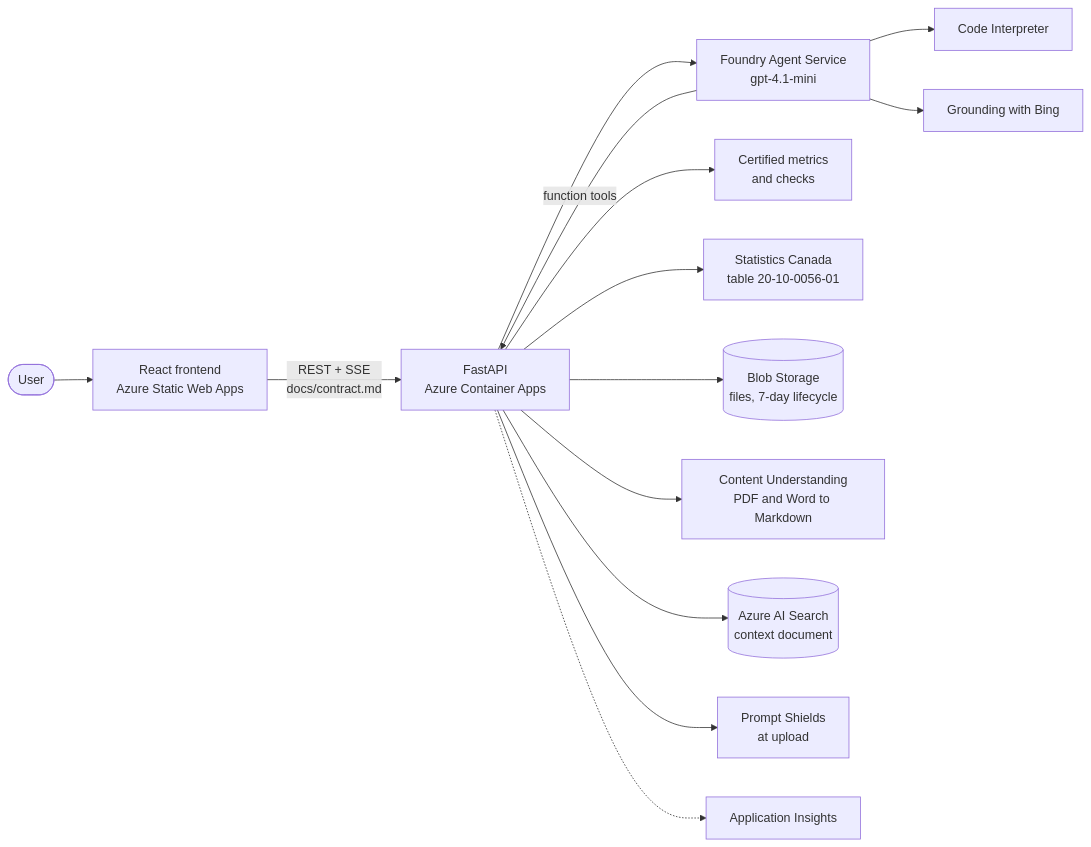
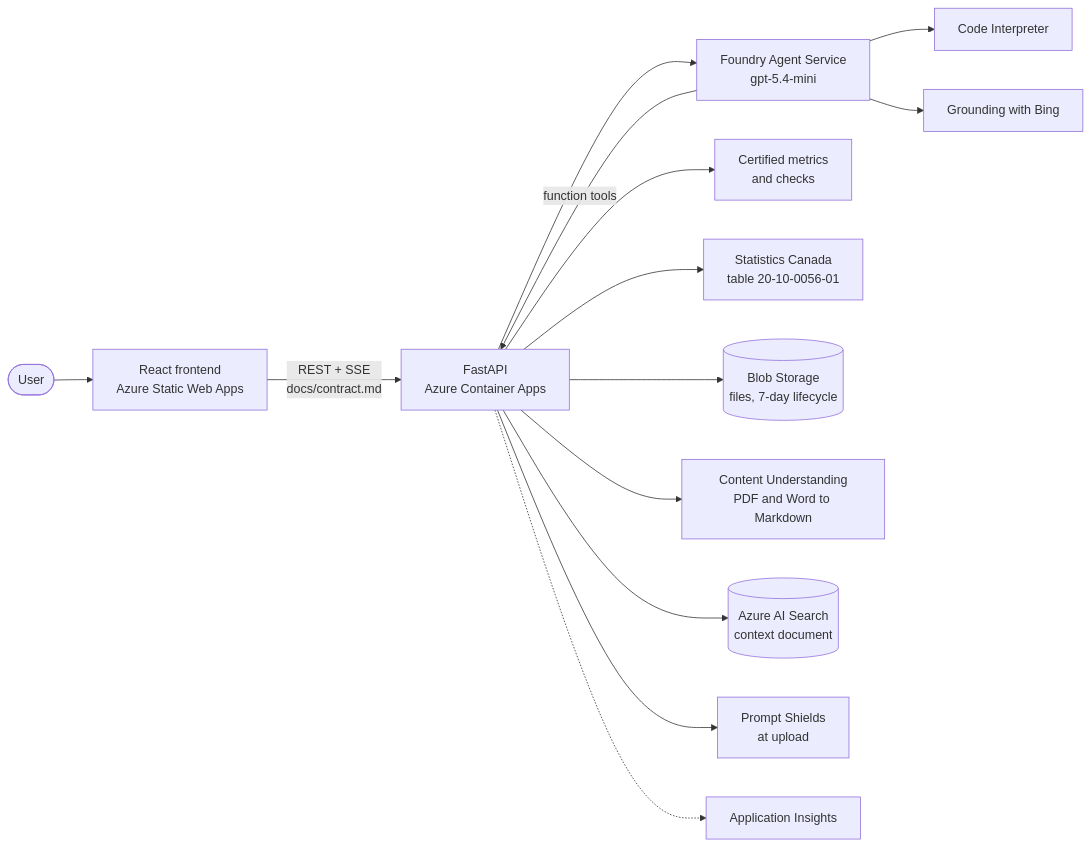
One commit to Cedric0518/Oyeva-Sales changed the diagram in README.md. Above: the diagram before and after it, drawn with Mermaid. The commit also changed 4 other files, not shown here.

````diff
--- a/README.md
+++ b/README.md
@@ -40,16 +40,16 @@
 ```mermaid
 flowchart LR
   user([User]) --> web[React frontend<br/>Azure Static Web Apps]
   web -- "REST + SSE<br/>docs/contract.md" --> api[FastAPI<br/>Azure Container Apps]
-  api --> agent[Foundry Agent Service<br/>gpt-4.1-mini]
+  api --> agent[Foundry Agent Service<br/>gpt-5.4-mini]
   agent -- function tools --> api
   agent --> ci[Code Interpreter]
   agent --> bing[Grounding with Bing]
   api --> metrics[Certified metrics<br/>and checks]
   api --> market[Statistics Canada<br/>table 20-10-0056-01]
   api --> blob[(Blob Storage<br/>files, 7-day lifecycle)]
   api --> cu[Content Understanding<br/>PDF and Word to Markdown]
   api --> search[(Azure AI Search<br/>context document)]
   api --> shields[Prompt Shields<br/>at upload]
   api -.-> appi[Application Insights]
 ```
````
